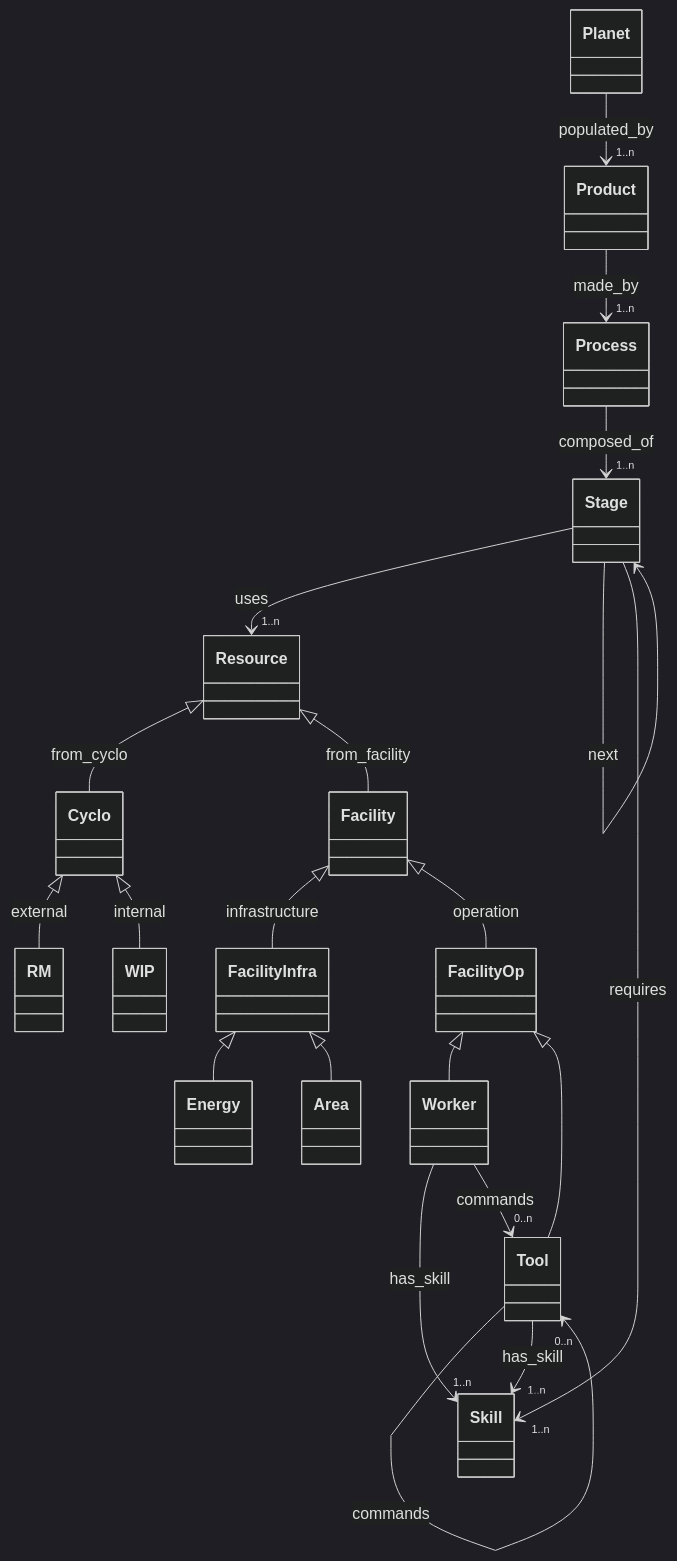
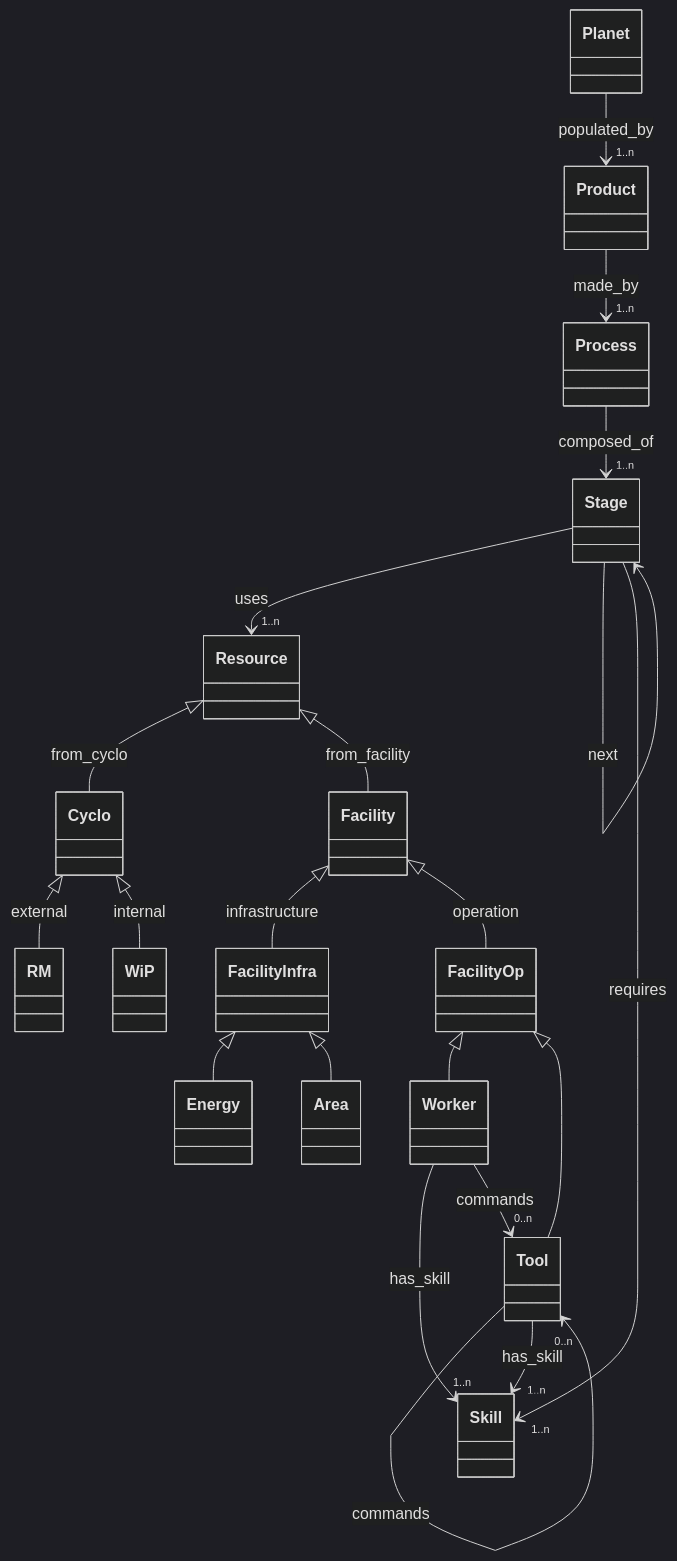
One commit to bampli/specs changed the first of 3 diagrams in content/posts/times-of-gain.md. Above: the diagram before and after it, drawn with Mermaid (dark theme). The commit also changed other lines of this file and 5 other files, not shown here.

```diff
--- a/content/posts/times-of-gain.md
+++ b/content/posts/times-of-gain.md
@@ -23,24 +23,24 @@
 {{< mermaid >}}
 classDiagram
     Planet --> "1..n" Product : populated_by
     Product --> "1..n" Process : made_by
     Process --> "1..n" Stage : composed_of
     Stage --> "1..n" Resource : uses
     Stage --> Stage : previous
     Stage --> Stage : next
     Worker --> "1..n" Skill : has_skill
     Worker --> "0..n" Tool : commands
     Tool --> "0..n" Tool : commands
     Tool --> "1..n" Skill : has_skill
     Resource <|-- Cyclo : from_cyclo
     Cyclo <|-- RM : external
-    Cyclo <|-- WIP : internal
+    Cyclo <|-- WiP : internal
     Resource <|-- Facility : from_facility
     Facility <|-- FacilityInfra : infrastructure
     FacilityInfra <|-- Energy
     FacilityInfra <|-- Area
     Facility <|-- FacilityOp : operation
     FacilityOp <|-- Worker
     FacilityOp <|-- Tool
     Stage --> "1..n" Skill : requires
 {{< /mermaid >}}
```
